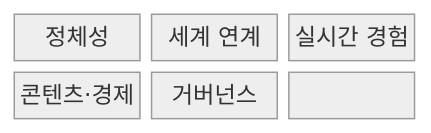
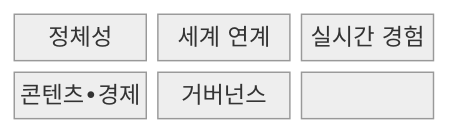
Before and after one commit to agnusdei1207/knowledge-base: the first of 2 diagrams in src/content/docs/notes/08-latest-tech/224_metaverse.md, drawn with Mermaid (neutral theme). The commit also changed other lines of this file and 953 other files, not shown here.

````diff
--- a/src/content/docs/notes/08-latest-tech/224_metaverse.md
+++ b/src/content/docs/notes/08-latest-tech/224_metaverse.md
@@ -66,11 +66,11 @@
 ```mermaid
 block-beta
   columns 3
   N0["정체성"]
   N1["세계 연계"]
   N2["실시간 경험"]
-  N3["콘텐츠·경제"]
+  N3["콘텐츠•경제"]
   N4["거버넌스"]
   N0 --- N1 --- N2
   N2 --- N3 --- N4
 ```
````
